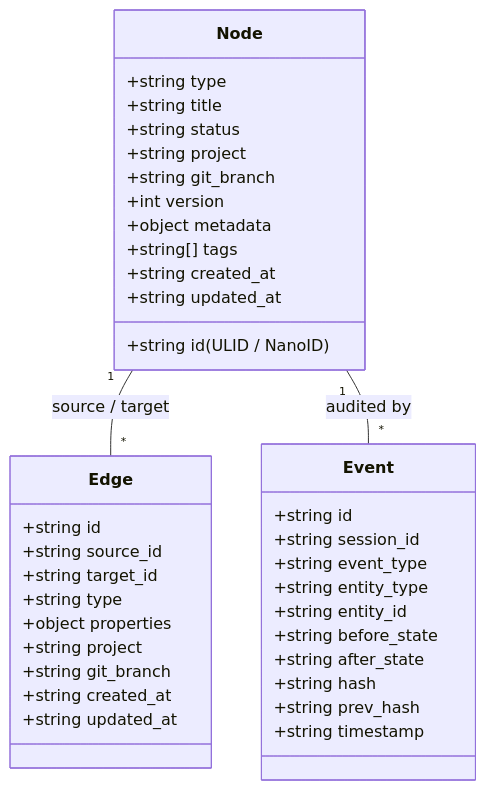
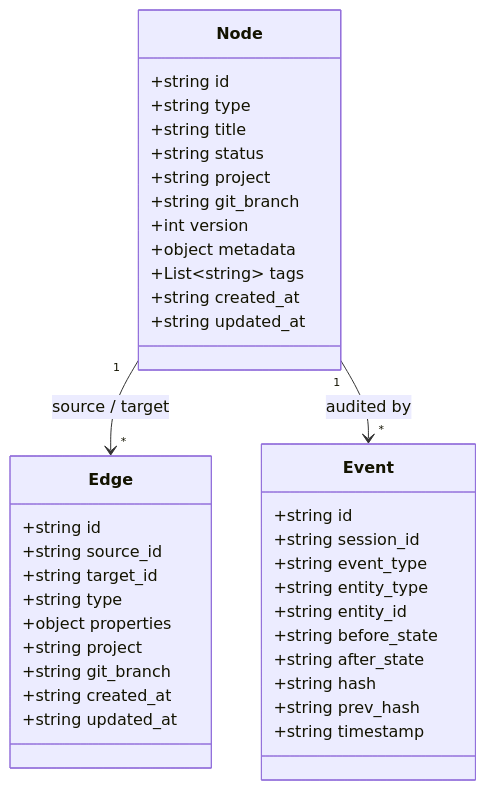
The second of 3 diagrams in docs/codebase-distillation.md (putervision/state-memory-mcp), drawn with Mermaid before and after one commit. The commit also changed other lines of this file, not shown here.

Commit message:
docs: simplify Node model definitions and generalize Mermaid sequence diagram responses

````diff
--- a/docs/codebase-distillation.md
+++ b/docs/codebase-distillation.md
@@ -158,44 +158,44 @@
 ```mermaid
 classDiagram
     class Node {
-        +string id (ULID / NanoID)
+        +string id
         +string type
         +string title
         +string status
         +string project
         +string git_branch
         +int version
         +object metadata
-        +string[] tags
+        +List~string~ tags
         +string created_at
         +string updated_at
     }
 
     class Edge {
         +string id
         +string source_id
         +string target_id
         +string type
         +object properties
         +string project
         +string git_branch
         +string created_at
         +string updated_at
     }
 
     class Event {
         +string id
         +string session_id
         +string event_type
         +string entity_type
         +string entity_id
         +string before_state
         +string after_state
         +string hash
         +string prev_hash
         +string timestamp
     }
 
-    Node "1" -- "*" Edge : source / target
-    Node "1" -- "*" Event : audited by
+    Node "1" --> "*" Edge : source / target
+    Node "1" --> "*" Event : audited by
 ```
````
